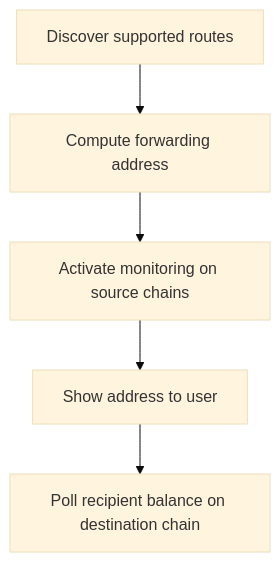
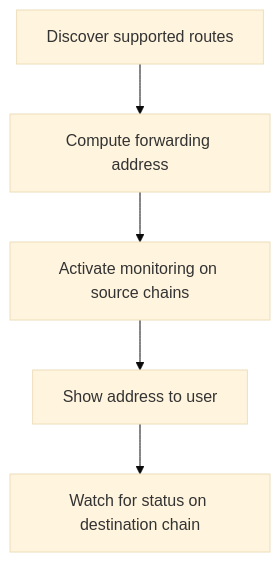
The diagram in docs/account-abstraction/research/forwarding-address-guide.mdx (candidelabs/developer-docs), drawn with Mermaid (base theme) before and after one commit. The commit also changed other lines of this file and 2 other files, not shown here.

````diff
--- a/docs/account-abstraction/research/forwarding-address-guide.mdx
+++ b/docs/account-abstraction/research/forwarding-address-guide.mdx
@@ -21,7 +30,7 @@
 ```mermaid
 flowchart TD
     A[Discover supported routes] --> B[Compute forwarding address]
     B --> C[Activate monitoring on source chains]
     C --> D[Show address to user]
-    D --> E[Poll recipient balance on destination chain]
+    D --> E[Watch for status on destination chain]
 ```
````
